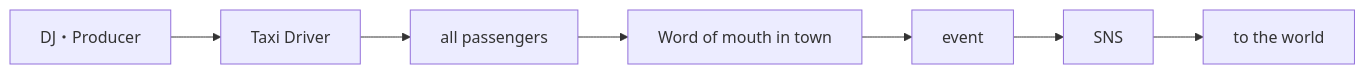
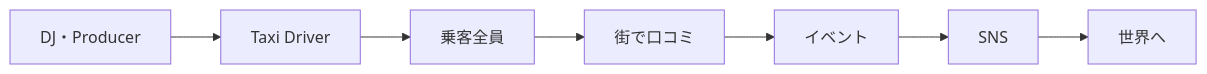
Before and after one commit to monumental-movement/monumental-movement.github.io: the fourth of 7 diagrams in en/_posts/2026-07-25-column-taxi-amapiano.md, drawn with Mermaid. The commit also changed other lines of this file and 2196 other files, not shown here.

```diff
--- a/en/_posts/2026-07-25-column-taxi-amapiano.md
+++ b/en/_posts/2026-07-25-column-taxi-amapiano.md
@@ -679,9 +678,9 @@
 <div class="mermaid">
 graph LR
 A[DJ・Producer] --> B[Taxi Driver]
-B --> C[all passengers]
-C --> D[Word of mouth in town]
-D --> E[event]
+B --> C[乗客全員]
+C --> D[街で口コミ]
+D --> E[イベント]
 E --> F[SNS]
-F --> G[to the world]
+F --> G[世界へ]
 </div>
```
